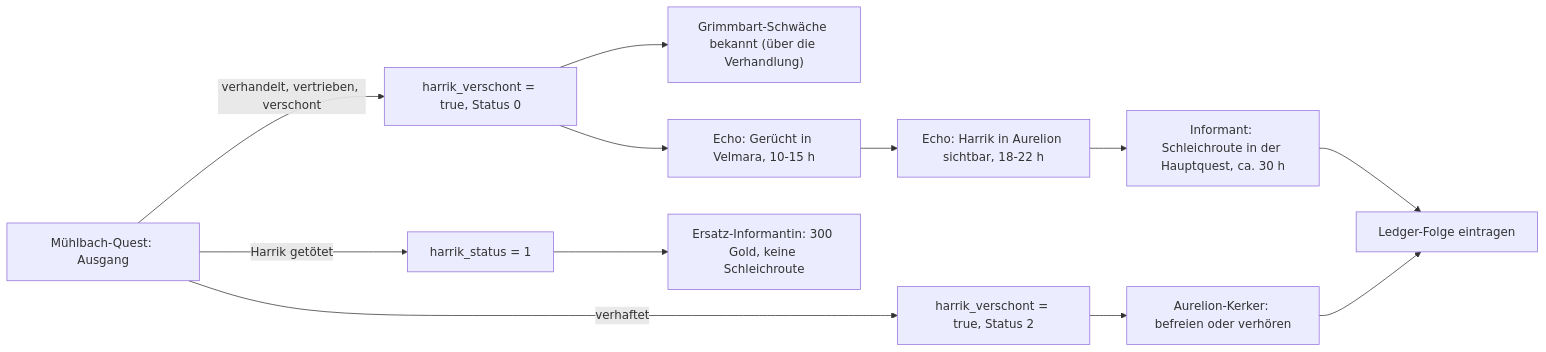
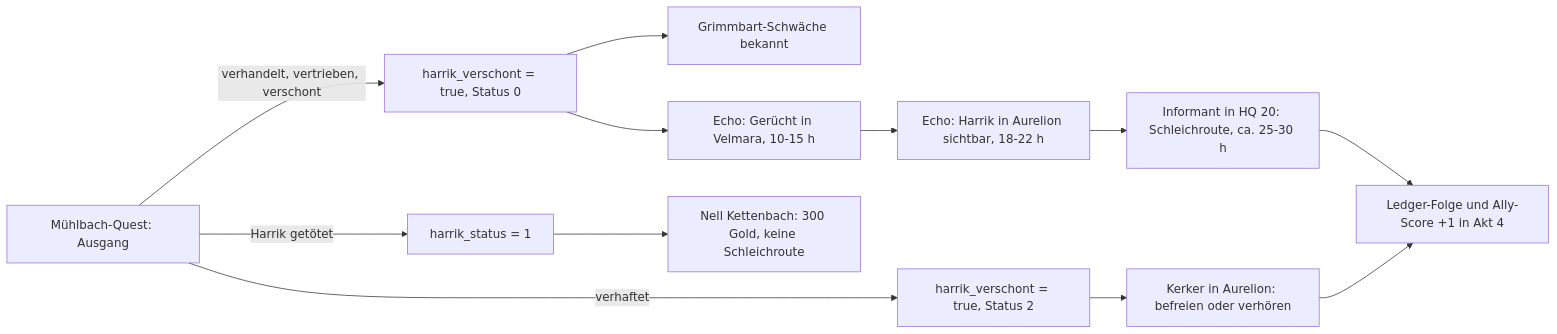
The second of 5 diagrams in docs/GDD/02_Quests_und_Dialoge.md (porcherliam-glitch/liam), drawn with Mermaid before and after one commit. The commit also changed other lines of this file and 5 other files, not shown here.

````diff
--- a/docs/GDD/02_Quests_und_Dialoge.md
+++ b/docs/GDD/02_Quests_und_Dialoge.md
@@ -519,14 +582,14 @@
 ```mermaid
 flowchart LR
   A["Mühlbach-Quest: Ausgang"] -->|"Harrik getötet"| X["harrik_status = 1"]
   A -->|"verhandelt, vertrieben, verschont"| B["harrik_verschont = true, Status 0"]
   A -->|"verhaftet"| C["harrik_verschont = true, Status 2"]
-  B --> D["Grimmbart-Schwäche bekannt (über die Verhandlung)"]
+  B --> D["Grimmbart-Schwäche bekannt"]
   B --> E["Echo: Gerücht in Velmara, 10-15 h"]
   E --> F["Echo: Harrik in Aurelion sichtbar, 18-22 h"]
-  F --> G["Informant: Schleichroute in der Hauptquest, ca. 30 h"]
-  C --> H["Aurelion-Kerker: befreien oder verhören"]
-  X --> I["Ersatz-Informantin: 300 Gold, keine Schleichroute"]
-  G --> L["Ledger-Folge eintragen"]
+  F --> G["Informant in HQ 20: Schleichroute, ca. 25-30 h"]
+  C --> H["Kerker in Aurelion: befreien oder verhören"]
+  X --> I["Nell Kettenbach: 300 Gold, keine Schleichroute"]
+  G --> L["Ledger-Folge und Ally-Score +1 in Akt 4"]
   H --> L
 ```
````
